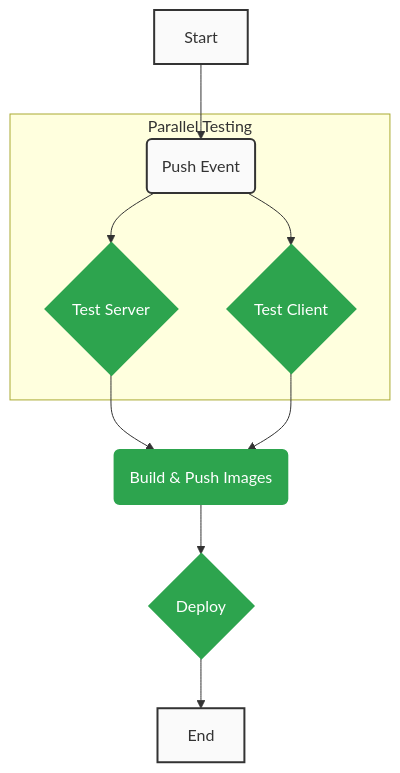
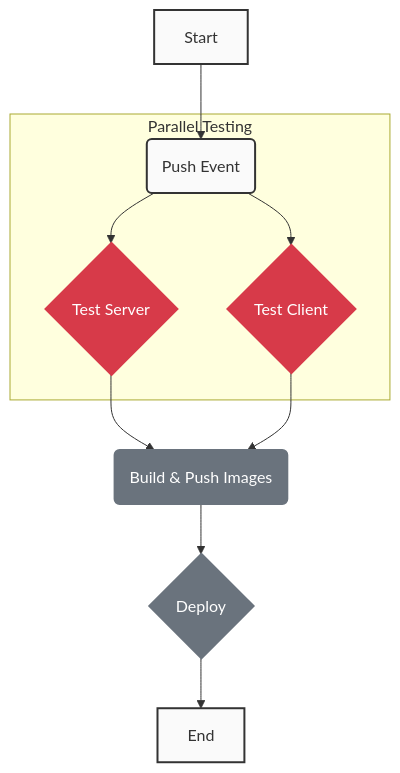
Before and after one commit to user73730102/code-snippet: the diagram in README.md, drawn with Mermaid.

Commit message:
docs(readme): update pipeline status flowchart [skip ci]

````diff
--- a/README.md
+++ b/README.md
@@ -15,29 +15,29 @@
 ```mermaid
 graph TD
     %% Define styles
     classDef default fill:#fafafa,stroke:#333,stroke-width:2px,color:#333
     classDef success fill:#2da44e,stroke:#2da44e,stroke-width:2px,color:#fff
     classDef failure fill:#d73a49,stroke:#d73a49,stroke-width:2px,color:#fff
     classDef running fill:#dbab09,stroke:#dbab09,stroke-width:2px,color:#fff
     classDef skipped fill:#6a737d,stroke:#6a737d,stroke-width:2px,color:#fff
 
     %% Define the new, complete flowchart structure
     A[Start] --> B(Push Event);
     subgraph "Parallel Testing"
         B --> C{Test Server};
         B --> D{Test Client};
     end
     C --> E(Build & Push Images);
     D --> E;
     E --> F{Deploy};
     F --> G[End];
 
     %% Apply default styles to each node individually
     class A default;
     class B default;
-    class C success;
-    class D success;
-    class E success;
-    class F success;
+    class C failure;
+    class D failure;
+    class E skipped;
+    class F skipped;
     class G default;
 ```
````
